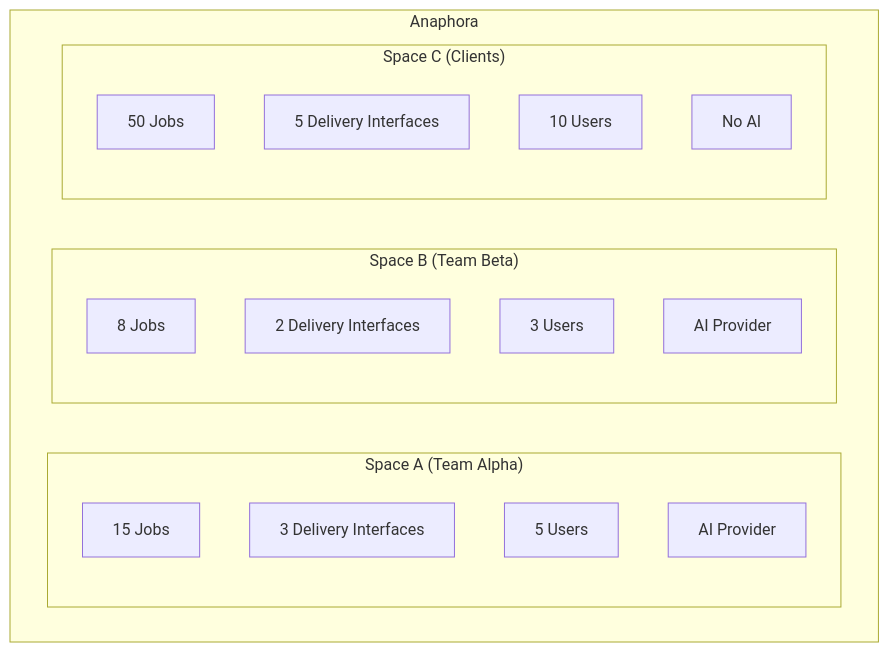
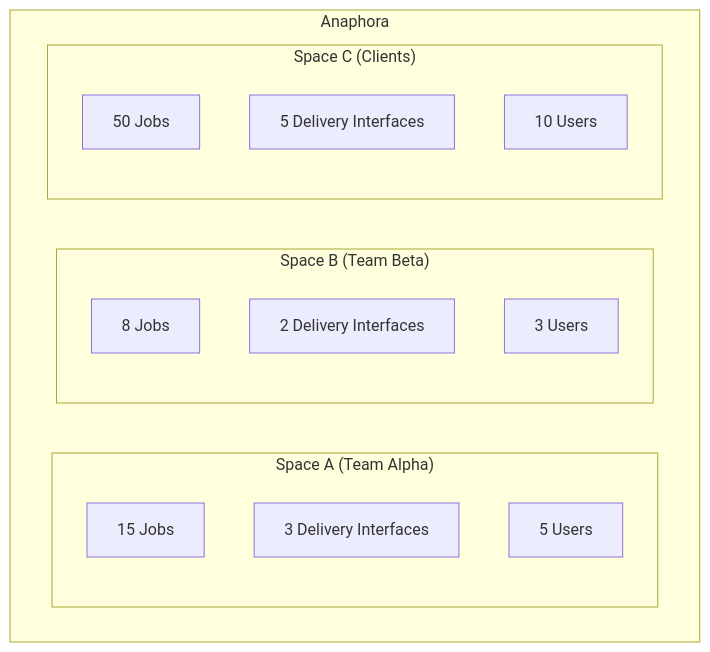
Before and after one commit to beshu-tech/anaphora-docs: the diagram in docs/administration/spaces.md, drawn with Mermaid. The commit also changed other lines of this file and 3 other files, not shown here.

````diff
--- a/docs/administration/spaces.md
+++ b/docs/administration/spaces.md
@@ -23,23 +24,20 @@
 ```mermaid
 flowchart TB
     subgraph anaphora["Anaphora"]
         subgraph spaceA["Space A (Team Alpha)"]
             a1["15 Jobs"]
             a2["3 Delivery Interfaces"]
             a3["5 Users"]
-            a4["AI Provider"]
         end
         subgraph spaceB["Space B (Team Beta)"]
             b1["8 Jobs"]
             b2["2 Delivery Interfaces"]
             b3["3 Users"]
-            b4["AI Provider"]
         end
         subgraph spaceC["Space C (Clients)"]
             c1["50 Jobs"]
             c2["5 Delivery Interfaces"]
             c3["10 Users"]
-            c4["No AI"]
         end
     end
 ```
````
